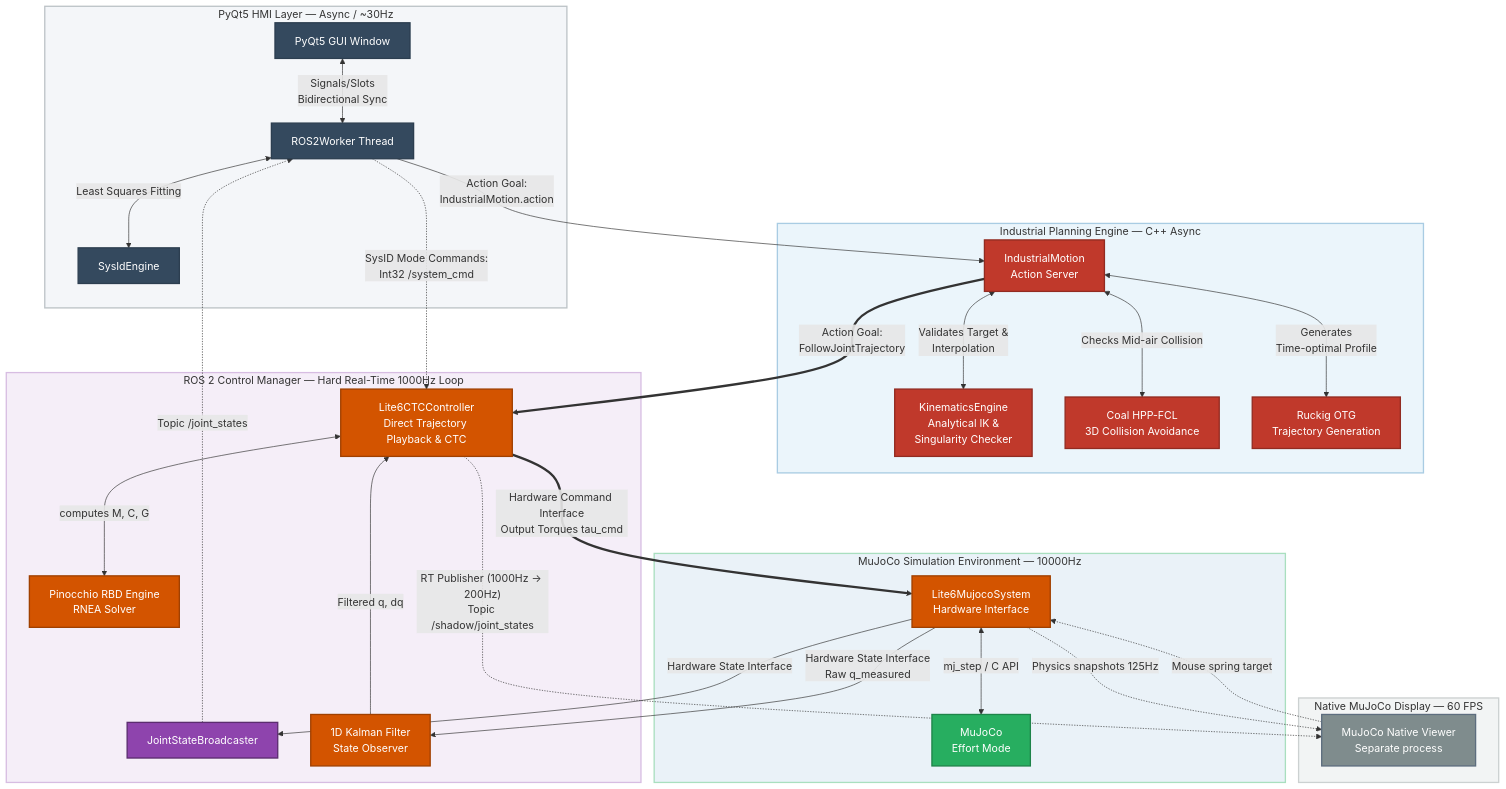
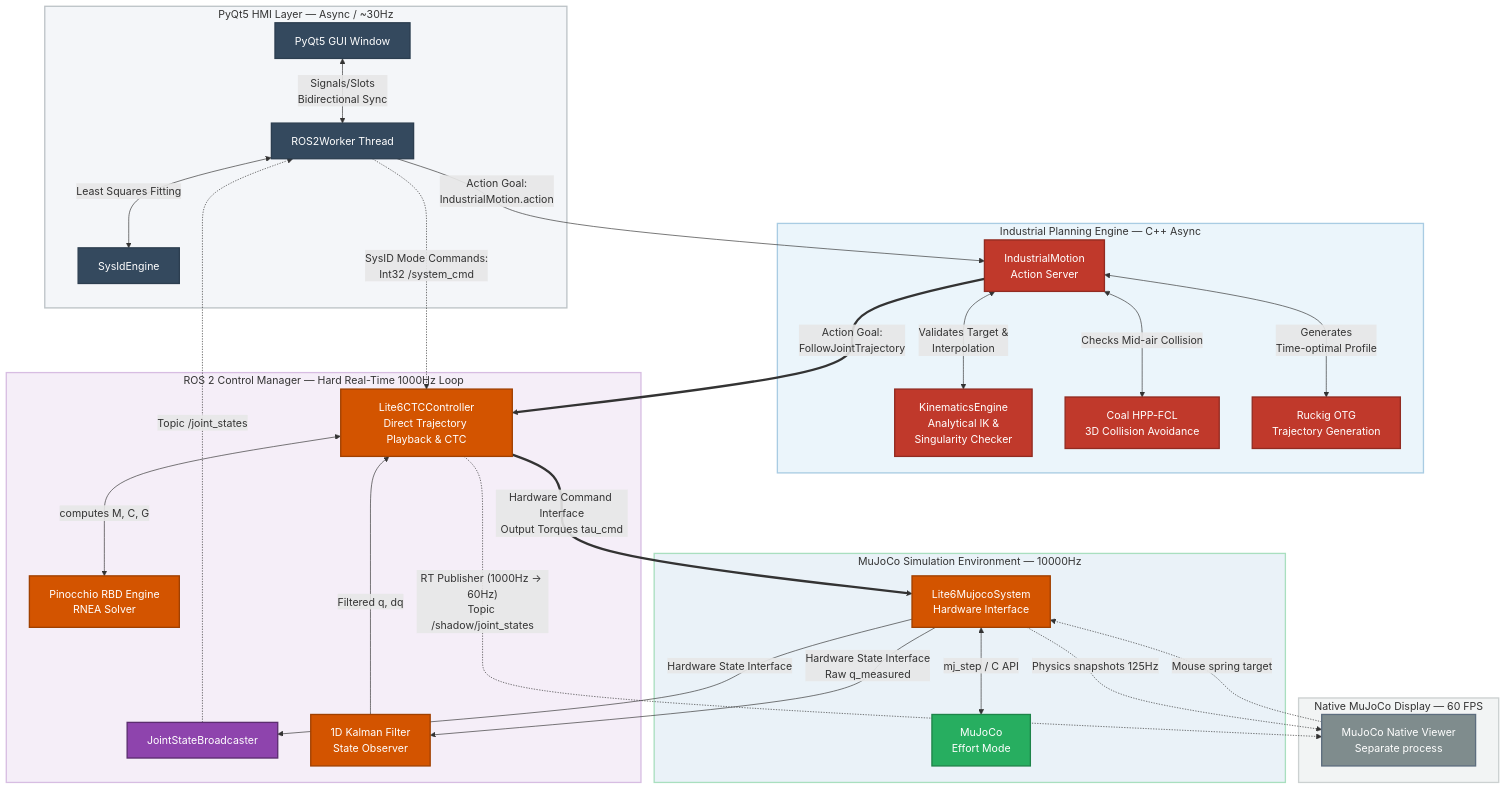
One commit to Tianyi-Wang-1206/Six-Axis-Robot-Trajectory-Planning-Dynamic-Control-and-Compliance-Control-Based-on-ROS-2-and-MuJoCo changed the first of 2 diagrams in README.md. Above: the diagram before and after it, drawn with Mermaid. The commit also changed other lines of this file and 44 other files, not shown here.

````diff
--- a/README.md
+++ b/README.md
@@ -40,79 +40,79 @@
 ```mermaid
 graph TB
     %% Style Definitions
     classDef PyQt fill:#34495e,stroke:#2c3e50,stroke-width:2px,color:#fff;
     classDef Planner fill:#c0392b,stroke:#922b21,stroke-width:2px,color:#fff;
     classDef R2C fill:#8e44ad,stroke:#5b2c6f,stroke-width:2px,color:#fff;
     classDef Custom fill:#d35400,stroke:#a04000,stroke-width:2px,color:#fff;
     classDef Physics fill:#27ae60,stroke:#1e8449,stroke-width:2px,color:#fff;
     classDef Util fill:#7f8c8d,stroke:#5d6d7e,stroke-width:2px,color:#fff;
 
     %% Subgraph: PyQt5 HMI Layer (Asynchronous / Non-Real-Time)
     subgraph Sub_GUI [PyQt5 HMI Layer — Async / ~30Hz]
         UI[PyQt5 GUI Window]:::PyQt
         Worker[ROS2Worker Thread]:::PyQt
         SysID[SysIdEngine]:::PyQt
         UI <-->|Signals/Slots<br/>Bidirectional Sync| Worker
         Worker <-->|Least Squares Fitting| SysID
     end
 
     %% Subgraph: Custom Industrial Planning Engine
     subgraph Sub_Planner [Industrial Planning Engine — C++ Async]
         Action[IndustrialMotion<br/>Action Server]:::Planner
         KinEngine[KinematicsEngine<br/>Analytical IK &<br/>Singularity Checker]:::Planner
         Coal[Coal HPP-FCL<br/>3D Collision Avoidance]:::Planner
         Ruckig[Ruckig OTG<br/>Trajectory Generation]:::Planner
         
         Action <-->|Validates Target &<br/>Interpolation| KinEngine
         Action <-->|Checks Mid-air Collision| Coal
         Action <-->|Generates<br/>Time-optimal Profile| Ruckig
     end
 
     %% Subgraph: Hard Real-Time ROS 2 Control Loop (1000Hz)
     subgraph Sub_R2C [ROS 2 Control Manager — Hard Real-Time 1000Hz Loop]
         CTC[Lite6CTCController<br/>Direct Trajectory Playback & CTC]:::Custom
         JSB[JointStateBroadcaster]:::R2C
         KF[1D Kalman Filter<br/>State Observer]:::Custom
         Pinocchio[Pinocchio RBD Engine<br/>RNEA Solver]:::Custom
         
         CTC <-->|computes M, C, G| Pinocchio
         KF -->|Filtered q, dq| CTC
     end
 
     %% Subgraph: MuJoCo Simulation Environment (1000Hz)
     subgraph Sub_MuJoCo [MuJoCo Simulation Environment — 10000Hz]
         HW[Lite6MujocoSystem<br/>Hardware Interface]:::Custom
         Engine[MuJoCo<br/>Effort Mode]:::Physics
         HW <-->|mj_step / C API| Engine
     end
 
     %% Subgraph: Shadow Robot Twin (Visualization Helper)
     subgraph Sub_Display [Native MuJoCo Display — 60 FPS]
         Viewer[MuJoCo Native Viewer<br/>Separate process]:::Util
     end
 
     %% System Connections (Data Flow)
     Worker -->|Action Goal:<br/>IndustrialMotion.action| Action
     Action ==>|Action Goal:<br/>FollowJointTrajectory| CTC
     
     %% CTC Inputs & Outputs
     HW -->|Hardware State Interface<br/>Raw q_measured| KF
     HW -->|Hardware State Interface| JSB
     CTC ==>|Hardware Command Interface<br/>Output Torques tau_cmd| HW
     
     %% GUI State Feedback & SysID
     JSB -.->|Topic /joint_states| Worker
     Worker -.->|SysID Mode Commands:<br/>Int32 /system_cmd| CTC
     
     %% Shadow Robot Flow (Direct from CTC)
-    CTC -.->|"RT Publisher (1000Hz -> 200Hz)"<br/>Topic /shadow/joint_states| Viewer
+    CTC -.->|"RT Publisher (1000Hz -> 60Hz)"<br/>Topic /shadow/joint_states| Viewer
     HW -.->|Physics snapshots 125Hz| Viewer
     Viewer -.->|Mouse spring target| HW
 
     %% Frequencies & Details annotations
     style Sub_GUI fill:#f4f6f9,stroke:#bdc3c7,stroke-width:2px;
     style Sub_Planner fill:#ebf5fb,stroke:#a9cce3,stroke-width:2px;
     style Sub_R2C fill:#f5eef8,stroke:#d7bde2,stroke-width:2px;
     style Sub_MuJoCo fill:#eaf2f8,stroke:#a9dfbf,stroke-width:2px;
     style Sub_Display fill:#f2f4f4,stroke:#ccd1d1,stroke-width:2px;
 ```
````
